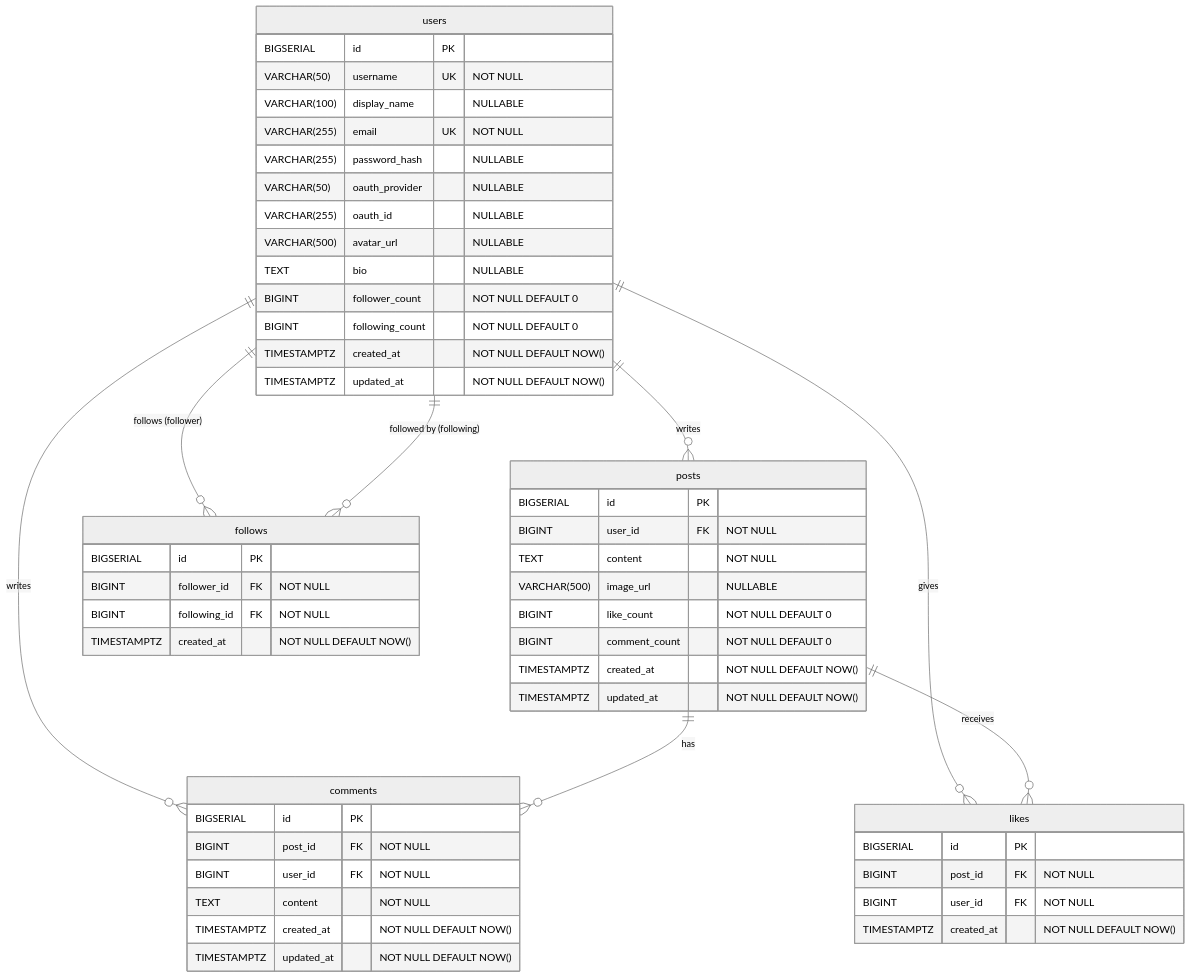
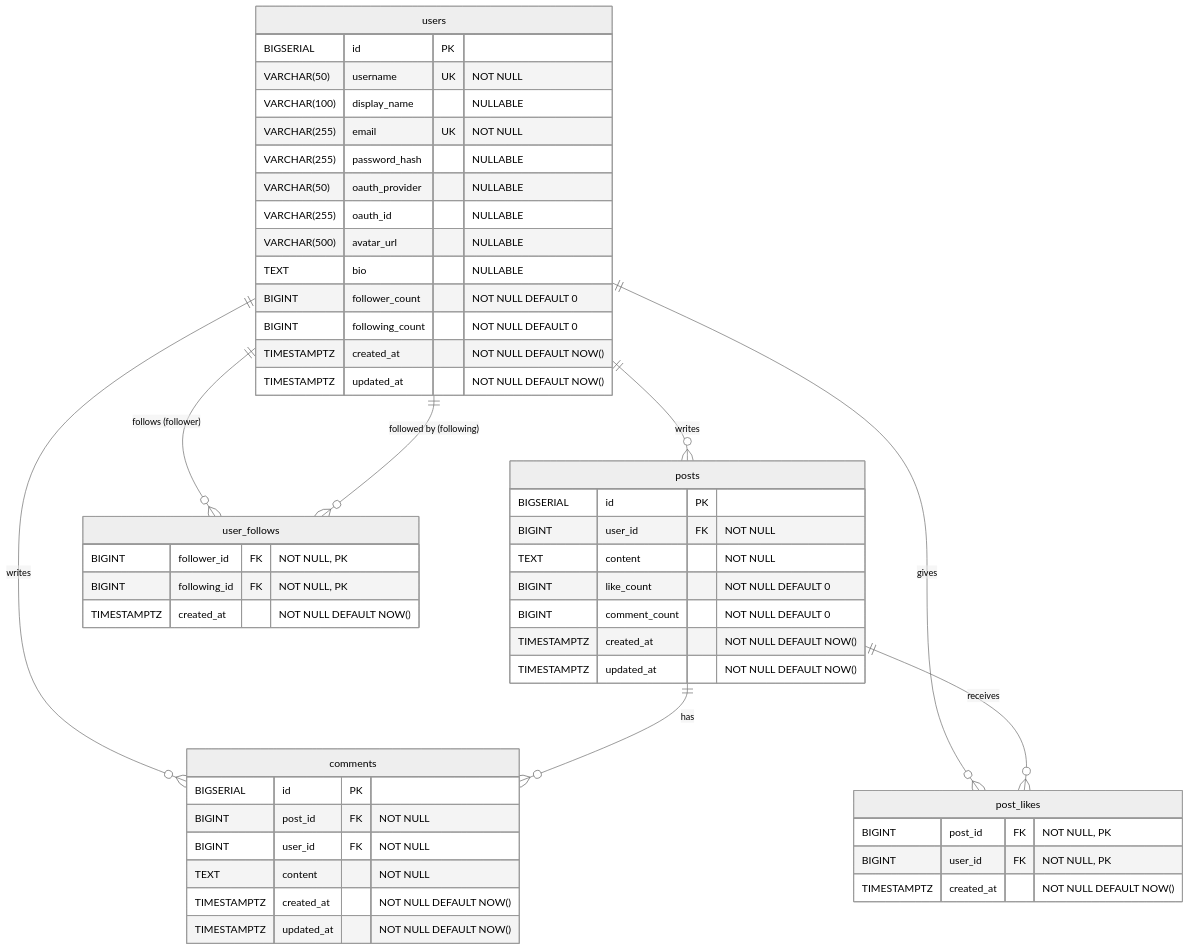
One commit to saki-nakata/TimeLine changed the diagram in docs/DB設計書.md. Above: the diagram before and after it, drawn with Mermaid (neutral theme). The commit also changed other lines of this file and 50 other files, not shown here.

````diff
--- a/docs/DB設計書.md
+++ b/docs/DB設計書.md
@@ -27,60 +28,57 @@
 ```mermaid
 erDiagram
     users {
         BIGSERIAL id PK
         VARCHAR(50) username UK "NOT NULL"
         VARCHAR(100) display_name "NULLABLE"
         VARCHAR(255) email UK "NOT NULL"
         VARCHAR(255) password_hash "NULLABLE"
         VARCHAR(50) oauth_provider "NULLABLE"
         VARCHAR(255) oauth_id "NULLABLE"
         VARCHAR(500) avatar_url "NULLABLE"
         TEXT bio "NULLABLE"
         BIGINT follower_count "NOT NULL DEFAULT 0"
         BIGINT following_count "NOT NULL DEFAULT 0"
         TIMESTAMPTZ created_at "NOT NULL DEFAULT NOW()"
         TIMESTAMPTZ updated_at "NOT NULL DEFAULT NOW()"
     }
 
     posts {
         BIGSERIAL id PK
         BIGINT user_id FK "NOT NULL"
         TEXT content "NOT NULL"
-        VARCHAR(500) image_url "NULLABLE"
         BIGINT like_count "NOT NULL DEFAULT 0"
         BIGINT comment_count "NOT NULL DEFAULT 0"
         TIMESTAMPTZ created_at "NOT NULL DEFAULT NOW()"
         TIMESTAMPTZ updated_at "NOT NULL DEFAULT NOW()"
     }
 
     comments {
         BIGSERIAL id PK
         BIGINT post_id FK "NOT NULL"
         BIGINT user_id FK "NOT NULL"
         TEXT content "NOT NULL"
         TIMESTAMPTZ created_at "NOT NULL DEFAULT NOW()"
         TIMESTAMPTZ updated_at "NOT NULL DEFAULT NOW()"
     }
 
-    likes {
-        BIGSERIAL id PK
-        BIGINT post_id FK "NOT NULL"
-        BIGINT user_id FK "NOT NULL"
+    post_likes {
+        BIGINT post_id FK "NOT NULL, PK"
+        BIGINT user_id FK "NOT NULL, PK"
         TIMESTAMPTZ created_at "NOT NULL DEFAULT NOW()"
     }
 
-    follows {
-        BIGSERIAL id PK
-        BIGINT follower_id FK "NOT NULL"
-        BIGINT following_id FK "NOT NULL"
+    user_follows {
+        BIGINT follower_id FK "NOT NULL, PK"
+        BIGINT following_id FK "NOT NULL, PK"
         TIMESTAMPTZ created_at "NOT NULL DEFAULT NOW()"
     }
 
     users ||--o{ posts : "writes"
     users ||--o{ comments : "writes"
-    users ||--o{ likes : "gives"
-    users ||--o{ follows : "follows (follower)"
-    users ||--o{ follows : "followed by (following)"
+    users ||--o{ post_likes : "gives"
+    users ||--o{ user_follows : "follows (follower)"
+    users ||--o{ user_follows : "followed by (following)"
     posts ||--o{ comments : "has"
-    posts ||--o{ likes : "receives"
+    posts ||--o{ post_likes : "receives"
 ```
````
